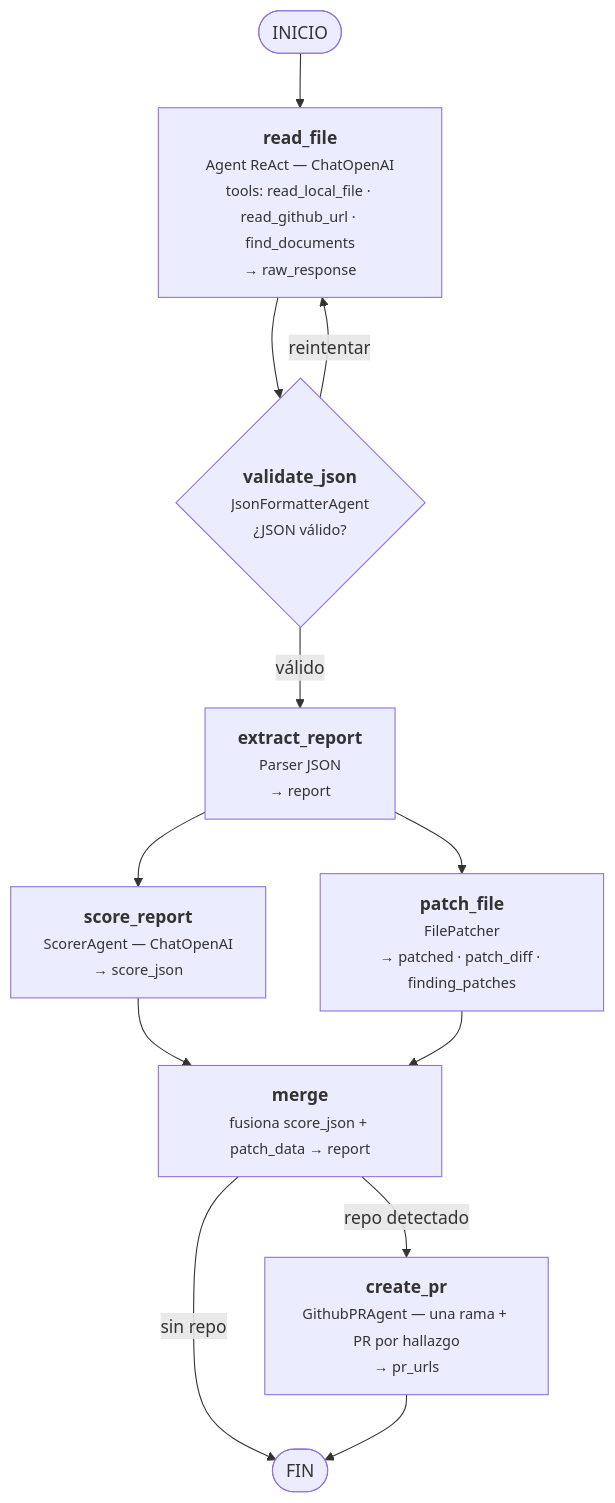
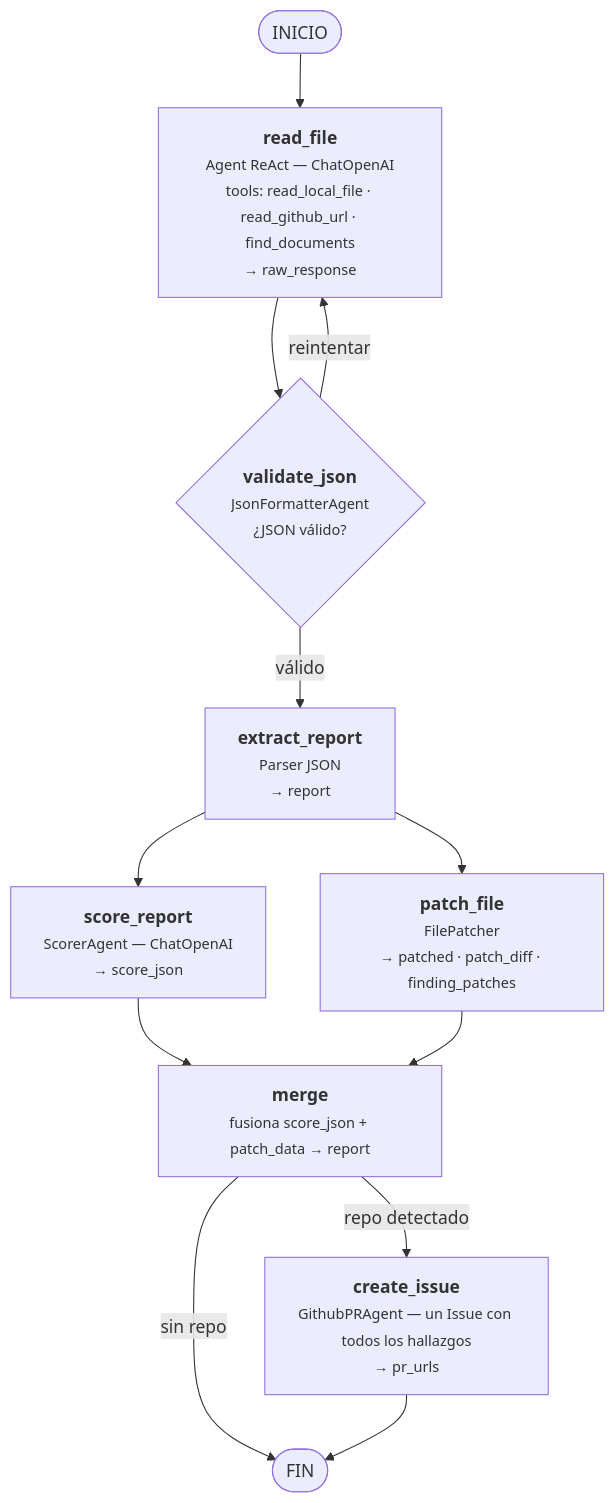
The first of 8 diagrams in README.md (Aeacosta/LangChain101), drawn with Mermaid before and after one commit. The commit also changed other lines of this file and 2 other files, not shown here.

Commit message:
Changing PR agent to create issues instead.

````diff
--- a/README.md
+++ b/README.md
@@ -59,24 +59,24 @@
 ```mermaid
 flowchart TD
     START([INICIO])
     read_file["<b>read_file</b><br/><small>Agent ReAct — ChatOpenAI</small><br/><small>tools: read_local_file · read_github_url · find_documents</small><br/><small>→ raw_response</small>"]
     validate_json{"<b>validate_json</b><br/><small>JsonFormatterAgent</small><br/><small>¿JSON válido?</small>"}
     extract_report["<b>extract_report</b><br/><small>Parser JSON</small><br/><small>→ report</small>"]
     score_report["<b>score_report</b><br/><small>ScorerAgent — ChatOpenAI</small><br/><small>→ score_json</small>"]
     patch_file["<b>patch_file</b><br/><small>FilePatcher</small><br/><small>→ patched · patch_diff · finding_patches</small>"]
     merge["<b>merge</b><br/><small>fusiona score_json + patch_data → report</small>"]
-    create_pr["<b>create_pr</b><br/><small>GithubPRAgent — una rama + PR por hallazgo</small><br/><small>→ pr_urls</small>"]
+    create_issue["<b>create_issue</b><br/><small>GithubPRAgent — un Issue con todos los hallazgos</small><br/><small>→ pr_urls</small>"]
     END([FIN])
 
     START --> read_file
     read_file --> validate_json
     validate_json -- válido --> extract_report
     validate_json -- reintentar --> read_file
     extract_report --> score_report
     extract_report --> patch_file
     score_report --> merge
     patch_file --> merge
-    merge -- repo detectado --> create_pr
+    merge -- repo detectado --> create_issue
     merge -- sin repo --> END
-    create_pr --> END
+    create_issue --> END
 ```
````
